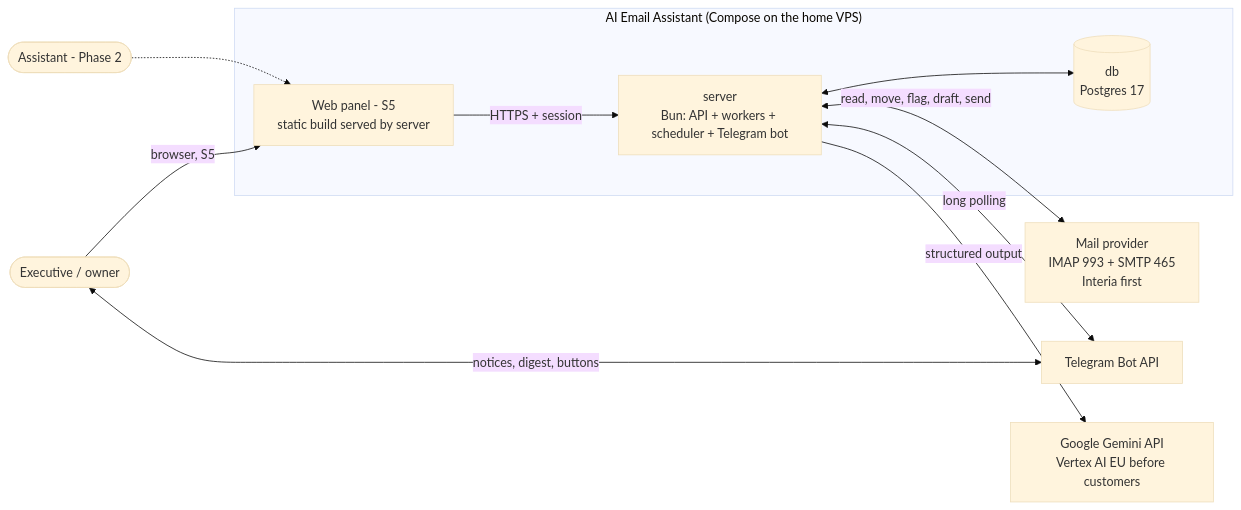
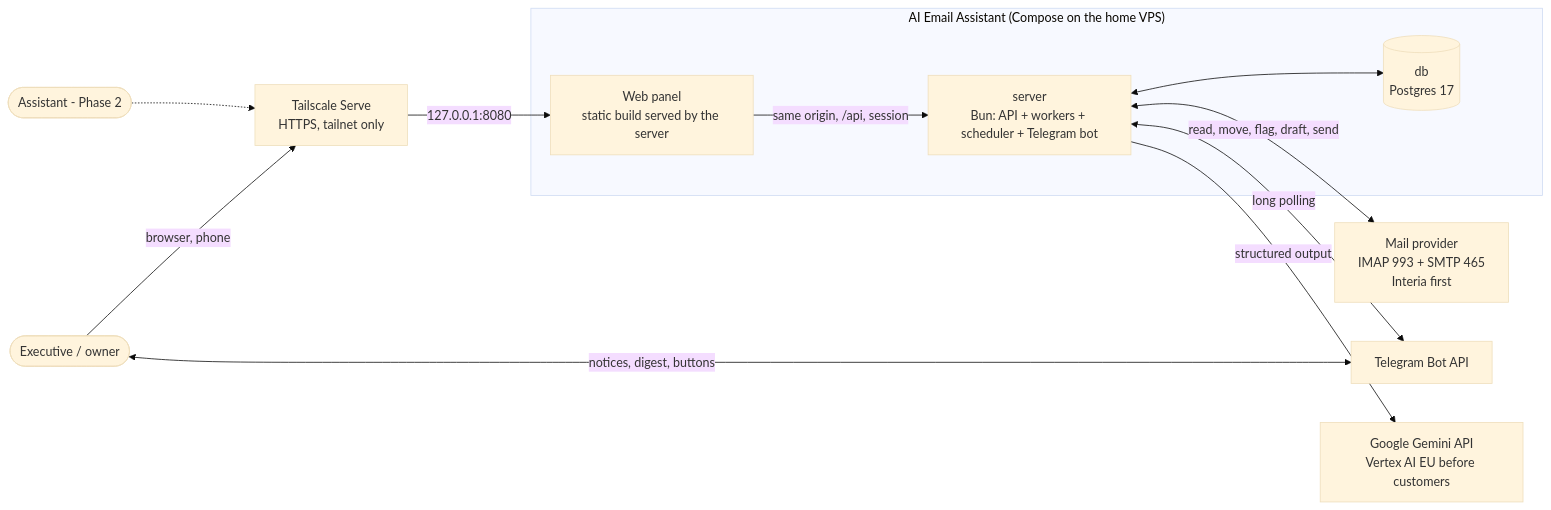
One commit to Artexs/email_assistant changed the first of 4 diagrams in docs/architecture.md. Above: the diagram before and after it, drawn with Mermaid (base theme). The commit also changed other lines of this file and 10 other files, not shown here.

First line of the commit message:
docs: s5e stage 5 — ADR 0015, ADR 0016, architecture, modules, roadmap, deploy note

````diff
--- a/docs/architecture.md
+++ b/docs/architecture.md
@@ -21,24 +21,25 @@
 ```mermaid
 graph LR
     Exec([Executive / owner])
     EA([Assistant - Phase 2])
 
     subgraph Product["AI Email Assistant (Compose on the home VPS)"]
         Server[server<br/>Bun: API + workers + scheduler + Telegram bot]
         DB[(db<br/>Postgres 17)]
-        Web[Web panel - S5<br/>static build served by server]
+        Web[Web panel<br/>static build served by the server]
     end
 
     Mail[Mail provider<br/>IMAP 993 + SMTP 465<br/>Interia first]
     TG[Telegram Bot API]
     LLM[Google Gemini API<br/>Vertex AI EU before customers]
 
     Exec <-->|notices, digest, buttons| TG
-    Exec -->|browser, S5| Web
-    EA -.-> Web
-    Web -->|HTTPS + session| Server
+    Exec -->|browser, phone| TS[Tailscale Serve<br/>HTTPS, tailnet only]
+    EA -.-> TS
+    TS -->|127.0.0.1:8080| Web
+    Web -->|same origin, /api, session| Server
     Server <--> DB
     Server <-->|read, move, flag, draft, send| Mail
     Server <-->|long polling| TG
     Server -->|structured output| LLM
 ```
````
